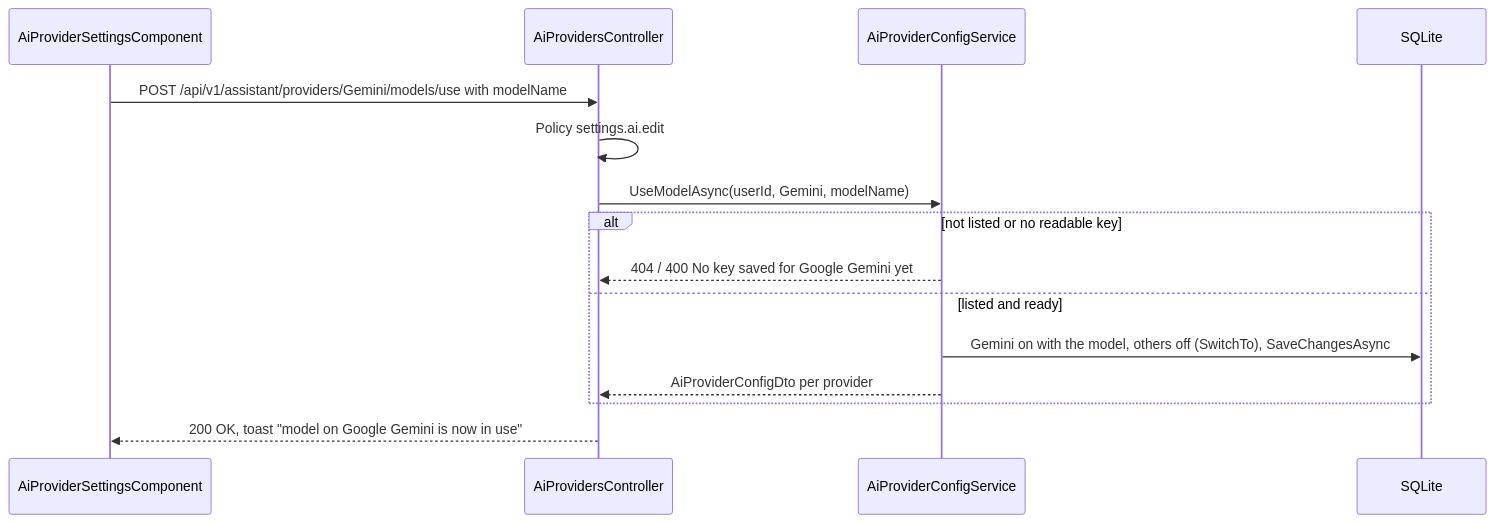
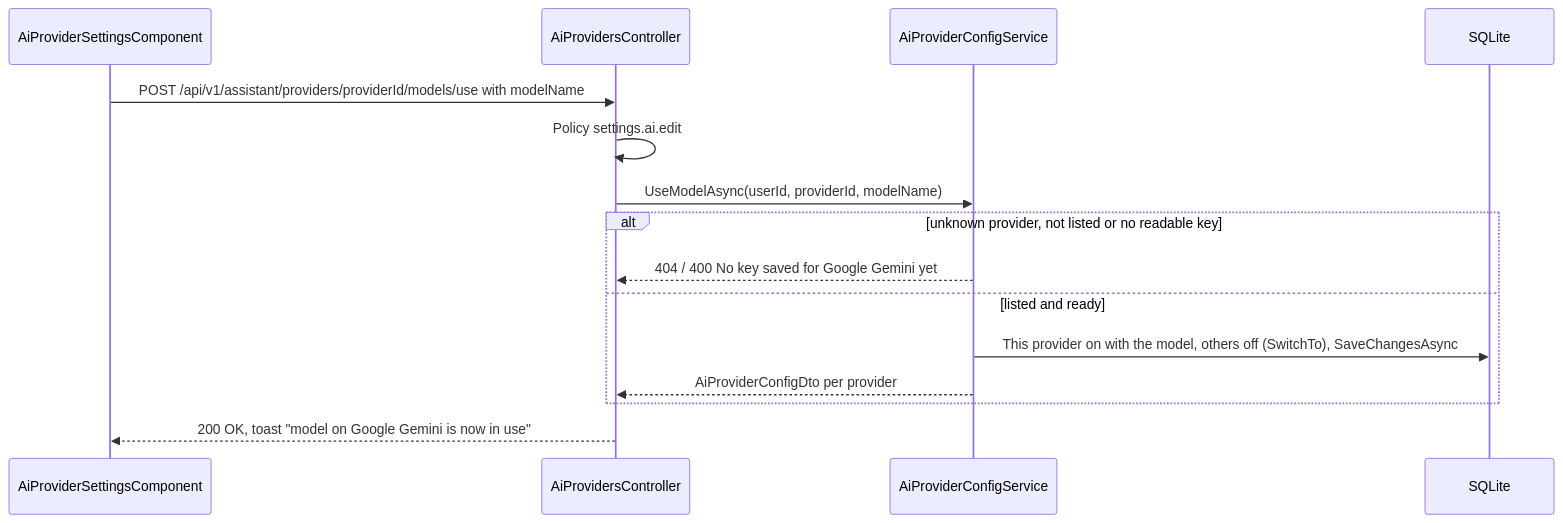
One commit to jojogeorge3344/TaskFlow-Project changed the third of 5 diagrams in TF - Documents/TFTechnicalWorkflow/Tech WF in MD/08-Settings/08.4-TFA-Settings.md. Above: the diagram before and after it, drawn with Mermaid. The commit also changed other lines of this file and 8 other files, not shown here.

First line of the commit message:
docs(tfa): document custom AI providers in the TFA Settings and Assistant docs

````diff
--- a/TF - Documents/TFTechnicalWorkflow/Tech WF in MD/08-Settings/08.4-TFA-Settings.md
+++ b/TF - Documents/TFTechnicalWorkflow/Tech WF in MD/08-Settings/08.4-TFA-Settings.md
@@ -247,17 +274,17 @@
 ```mermaid
 sequenceDiagram
   participant UI as AiProviderSettingsComponent
   participant C as AiProvidersController
   participant S as AiProviderConfigService
   participant DB as SQLite
-  UI->>C: POST /api/v1/assistant/providers/Gemini/models/use with modelName
+  UI->>C: POST /api/v1/assistant/providers/providerId/models/use with modelName
   C->>C: Policy settings.ai.edit
-  C->>S: UseModelAsync(userId, Gemini, modelName)
-  alt not listed or no readable key
+  C->>S: UseModelAsync(userId, providerId, modelName)
+  alt unknown provider, not listed or no readable key
     S-->>C: 404 / 400 No key saved for Google Gemini yet
   else listed and ready
-    S->>DB: Gemini on with the model, others off (SwitchTo), SaveChangesAsync
+    S->>DB: This provider on with the model, others off (SwitchTo), SaveChangesAsync
     S-->>C: AiProviderConfigDto per provider
   end
   C-->>UI: 200 OK, toast "model on Google Gemini is now in use"
 ```
````
